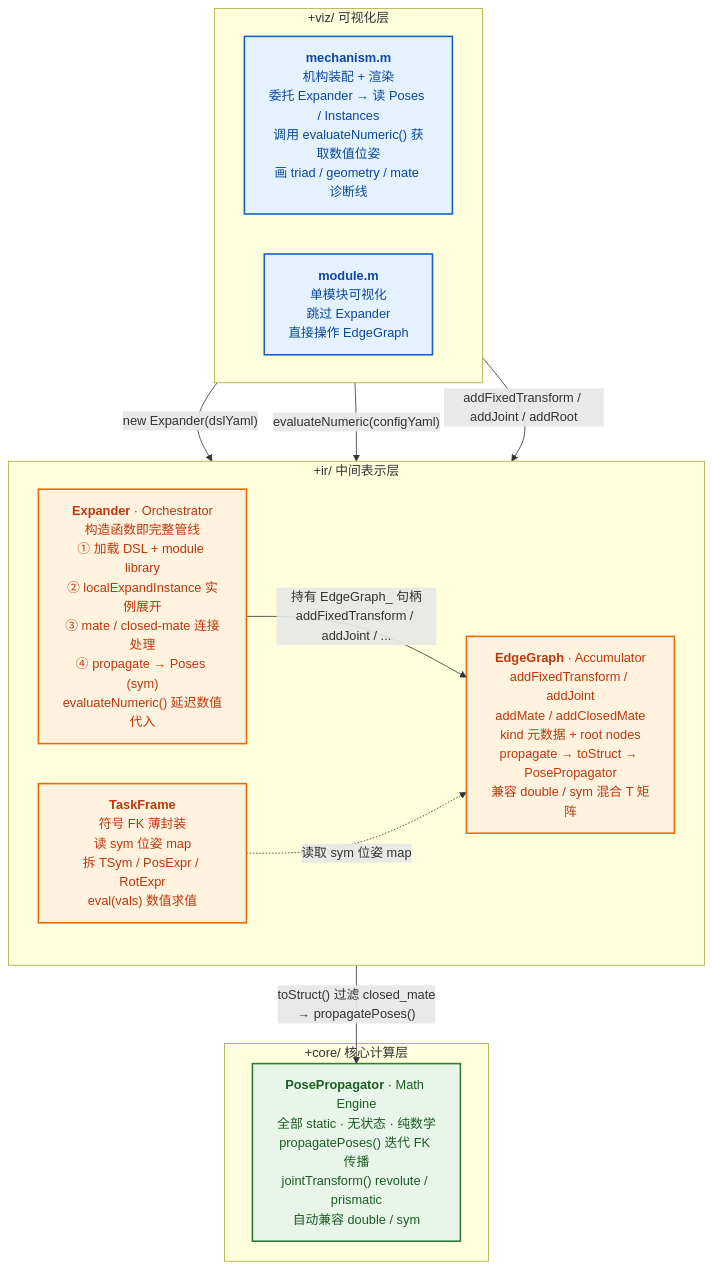
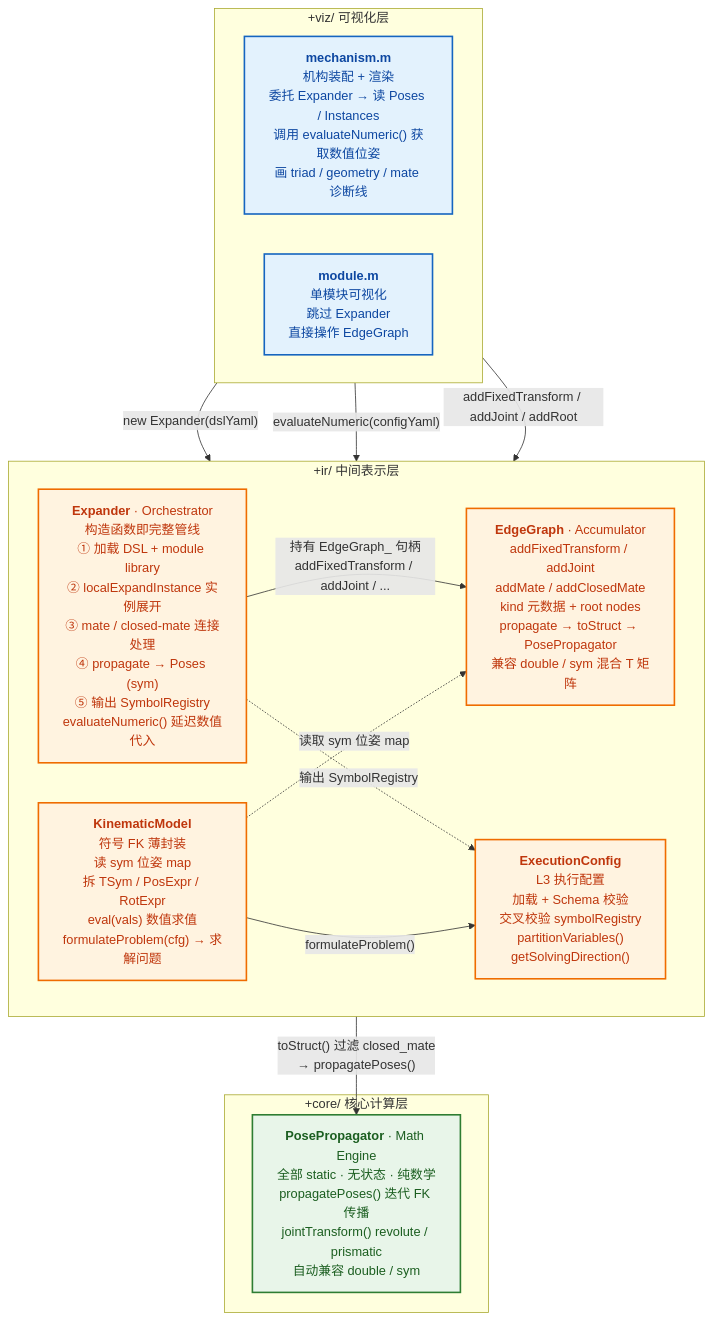
Before and after one commit to Axiom117/symbolic-modular-kinematics: the first of 7 diagrams in scripts/matlab/ARCHITECTURE.md, drawn with Mermaid. The commit also changed other lines of this file and 18 other files, not shown here.

````diff
--- a/scripts/matlab/ARCHITECTURE.md
+++ b/scripts/matlab/ARCHITECTURE.md
@@ -9,39 +9,42 @@
 ```mermaid
 graph TB
     %% ── 样式定义 ──
     classDef viz fill:#e3f2fd,stroke:#1565c0,stroke-width:2px,color:#0d47a1
     classDef ir  fill:#fff3e0,stroke:#ef6c00,stroke-width:2px,color:#bf360c
     classDef core fill:#e8f5e9,stroke:#2e7d32,stroke-width:2px,color:#1b5e20
 
     %% ── 可视化层 ──
     subgraph viz_layer["+viz/ 可视化层"]
         direction LR
         mech["<b>mechanism.m</b><br/>机构装配 + 渲染<br/>委托 Expander → 读 Poses / Instances<br/>调用 evaluateNumeric() 获取数值位姿<br/>画 triad / geometry / mate 诊断线"]
         mod["<b>module.m</b><br/>单模块可视化<br/>跳过 Expander<br/>直接操作 EdgeGraph"]
     end
 
     %% ── 中间表示层 ──
     subgraph ir_layer["+ir/ 中间表示层"]
         direction LR
-        expander["<b>Expander</b> · Orchestrator<br/>构造函数即完整管线<br/>① 加载 DSL + module library<br/>② localExpandInstance 实例展开<br/>③ mate / closed-mate 连接处理<br/>④ propagate → Poses (sym)<br/>evaluateNumeric() 延迟数值代入"]
+        expander["<b>Expander</b> · Orchestrator<br/>构造函数即完整管线<br/>① 加载 DSL + module library<br/>② localExpandInstance 实例展开<br/>③ mate / closed-mate 连接处理<br/>④ propagate → Poses (sym)<br/>⑤ 输出 SymbolRegistry<br/>evaluateNumeric() 延迟数值代入"]
         edgegraph["<b>EdgeGraph</b> · Accumulator<br/>addFixedTransform / addJoint<br/>addMate / addClosedMate<br/>kind 元数据 + root nodes<br/>propagate → toStruct → PosePropagator<br/>兼容 double / sym 混合 T 矩阵"]
-        taskframe["<b>TaskFrame</b><br/>符号 FK 薄封装<br/>读 sym 位姿 map<br/>拆 TSym / PosExpr / RotExpr<br/>eval(vals) 数值求值"]
+        kinmodel["<b>KinematicModel</b><br/>符号 FK 薄封装<br/>读 sym 位姿 map<br/>拆 TSym / PosExpr / RotExpr<br/>eval(vals) 数值求值<br/>formulateProblem(cfg) → 求解问题"]
+        execcfg["<b>ExecutionConfig</b><br/>L3 执行配置<br/>加载 + Schema 校验<br/>交叉校验 symbolRegistry<br/>partitionVariables()<br/>getSolvingDirection()"]
     end
 
     %% ── 核心计算层 ──
     subgraph core_layer["+core/ 核心计算层"]
         poseprop["<b>PosePropagator</b> · Math Engine<br/>全部 static · 无状态 · 纯数学<br/>propagatePoses() 迭代 FK 传播<br/>jointTransform() revolute / prismatic<br/>自动兼容 double / sym"]
     end
 
     %% ── 调用关系 ──
     mech       -->|"new Expander(dslYaml)"| expander
     mech       -->|"evaluateNumeric(configYaml)"| expander
     expander   -->|"持有 EdgeGraph_ 句柄<br/>addFixedTransform / addJoint / ..."| edgegraph
+    expander   -.->|"输出 SymbolRegistry"| execcfg
     edgegraph  -->|"toStruct() 过滤 closed_mate<br/>→ propagatePoses()"| poseprop
-    taskframe  -.->|"读取 sym 位姿 map"| edgegraph
+    kinmodel  -.->|"读取 sym 位姿 map"| edgegraph
+    kinmodel  -->|"formulateProblem()"| execcfg
     mod        -->|"addFixedTransform / addJoint / addRoot"| edgegraph
 
     class mech,mod viz
-    class expander,edgegraph,taskframe ir
+    class expander,edgegraph,kinmodel,execcfg ir
     class poseprop core
 ```
````
